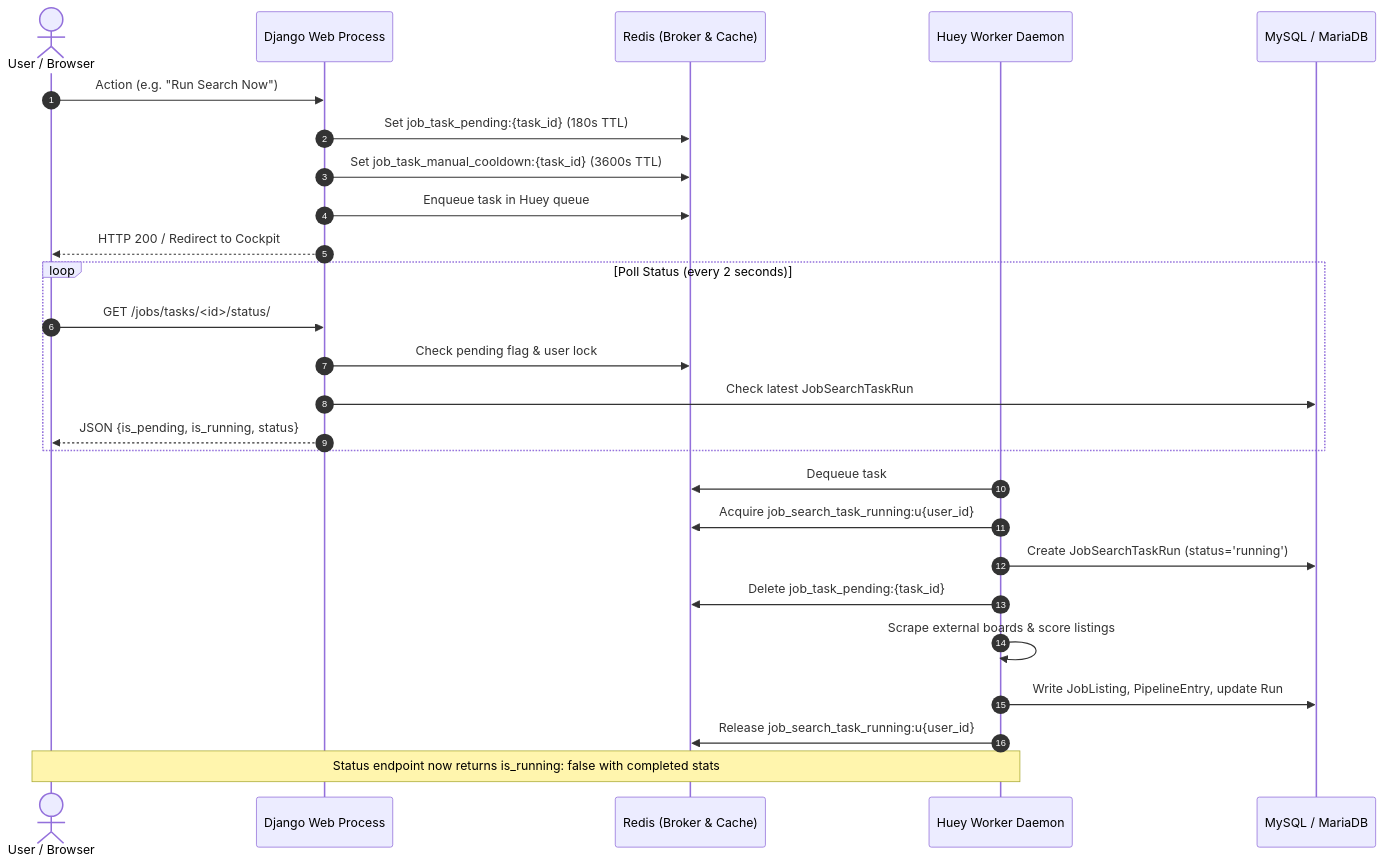
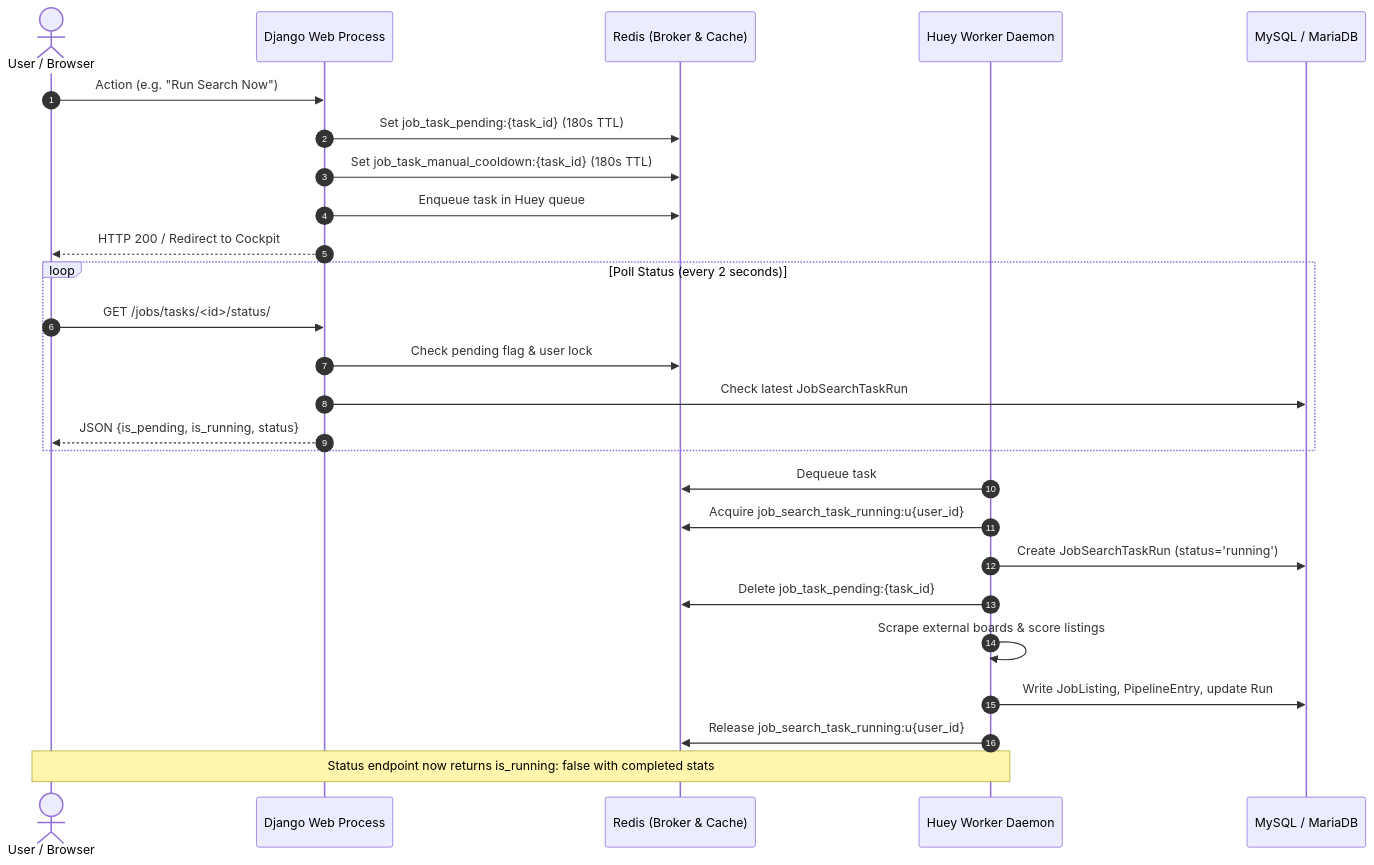
One commit to joedominic/hw changed the first of 2 diagrams in docs/architecture.md. Above: the diagram before and after it, drawn with Mermaid. The commit also changed other lines of this file and 70 other files, not shown here.

````diff
--- a/docs/architecture.md
+++ b/docs/architecture.md
@@ -65,32 +65,32 @@
 ```mermaid
 sequenceDiagram
     autonumber
     actor User as User / Browser
     participant Web as Django Web Process
     participant Redis as Redis (Broker & Cache)
     participant Worker as Huey Worker Daemon
     participant DB as MySQL / MariaDB
 
     User->>Web: Action (e.g. "Run Search Now")
     Web->>Redis: Set job_task_pending:{task_id} (180s TTL)
-    Web->>Redis: Set job_task_manual_cooldown:{task_id} (3600s TTL)
+    Web->>Redis: Set job_task_manual_cooldown:{task_id} (180s TTL)
     Web->>Redis: Enqueue task in Huey queue
     Web-->>User: HTTP 200 / Redirect to Cockpit
 
     loop Poll Status (every 2 seconds)
         User->>Web: GET /jobs/tasks/<id>/status/
         Web->>Redis: Check pending flag & user lock
         Web->>DB: Check latest JobSearchTaskRun
         Web-->>User: JSON {is_pending, is_running, status}
     end
 
     Worker->>Redis: Dequeue task
     Worker->>Redis: Acquire job_search_task_running:u{user_id}
     Worker->>DB: Create JobSearchTaskRun (status='running')
     Worker->>Redis: Delete job_task_pending:{task_id}
     Worker->>Worker: Scrape external boards & score listings
     Worker->>DB: Write JobListing, PipelineEntry, update Run
     Worker->>Redis: Release job_search_task_running:u{user_id}
     
     Note over User,Worker: Status endpoint now returns is_running: false with completed stats
 ```
````
